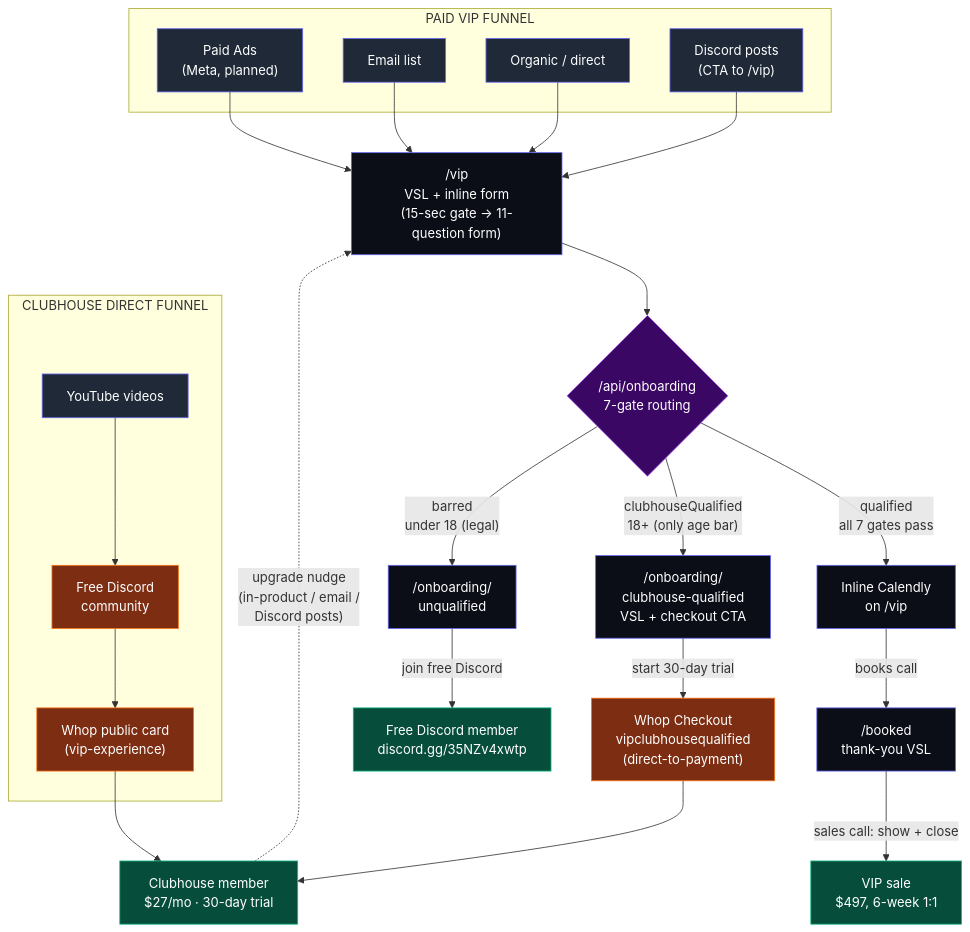
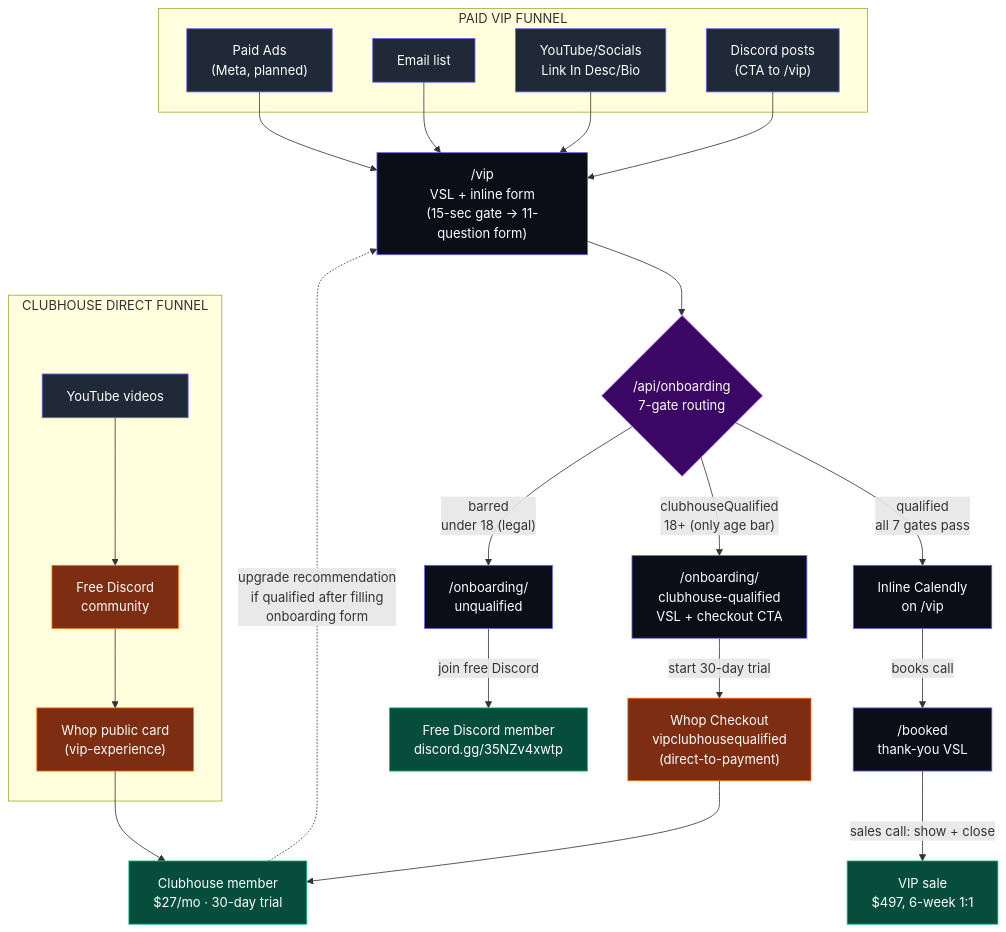
One commit to lukehansenrl/vip-experience changed the diagram in FUNNEL.md. Above: the diagram before and after it, drawn with Mermaid. The commit also changed other lines of this file and 1 other file, not shown here.

First line of the commit message:
clubhouse-qualified: pull CTA above the fold + funnel doc tweaks

````diff
--- a/FUNNEL.md
+++ b/FUNNEL.md
@@ -30,66 +30,66 @@
 ```mermaid
 flowchart TD
     %% ========== PAID VIP FUNNEL (left) ==========
     subgraph paid["PAID VIP FUNNEL"]
         PA["Paid Ads<br/>(Meta, planned)"]:::source
         EM["Email list"]:::source
-        OR["Organic / direct"]:::source
+        OR["YouTube/Socials<br/>Link In Desc/Bio"]:::source
         DP["Discord posts<br/>(CTA to /vip)"]:::source
     end
 
     PA --> VIP
     EM --> VIP
     OR --> VIP
     DP --> VIP
 
     VIP["/vip<br/>VSL + inline form<br/>(15-sec gate → 11-question form)"]:::page
     VIP --> API{"/api/onboarding<br/>7-gate routing"}:::decision
 
     %% ========== CLUBHOUSE DIRECT FUNNEL (right, parallel) ==========
     subgraph direct["CLUBHOUSE DIRECT FUNNEL"]
         YT["YouTube videos"]:::source
         FD["Free Discord<br/>community"]:::external
         WC["Whop public card<br/>(vip-experience)"]:::external
         YT --> FD
         FD --> WC
     end
 
     WC --> CM
 
     %% ========== ROUTING OUTCOMES (shared) ==========
     API -->|"qualified<br/>all 7 gates pass"| Cal["Inline Calendly<br/>on /vip"]:::page
     API -->|"clubhouseQualified<br/>18+ (only age bar)"| CHQ["/onboarding/<br/>clubhouse-qualified<br/>VSL + checkout CTA"]:::page
     API -->|"barred<br/>under 18 (legal)"| UQ["/onboarding/<br/>unqualified"]:::page
 
     %% ── Path 2: Direct to VIP ──
     Cal -->|"books call"| Booked["/booked<br/>thank-you VSL"]:::page
     Booked -->|"sales call: show + close"| VIPSale["VIP sale<br/>$497, 6-week 1:1"]:::terminal
 
     %% ── Path 1: Direct VSL → Clubhouse ──
     CHQ -->|"start 30-day trial"| Checkout["Whop Checkout<br/>vipclubhousequalified<br/>(direct-to-payment)"]:::external
     Checkout --> CM["Clubhouse member<br/>$27/mo · 30-day trial"]:::terminal
 
     %% ── Unqualified fallback ──
     UQ -->|"join free Discord"| FDM["Free Discord member<br/>discord.gg/35NZv4xwtp"]:::terminal
 
     %% ── Path 3: Clubhouse Direct → VIP upgrade loop ──
-    CM -.->|"upgrade nudge<br/>(in-product / email /<br/>Discord posts)"| VIP
+    CM -.->|"upgrade recommendation<br/>if qualified after filling<br/>onboarding form"| VIP
 
     %% ========== CLICK-THROUGH LINKS ==========
     click VIP "https://vip-experience.vercel.app/vip" _blank
     click Cal "https://vip-experience.vercel.app/vip" _blank
     click CHQ "https://vip-experience.vercel.app/onboarding/clubhouse-qualified" _blank
     click UQ "https://vip-experience.vercel.app/onboarding/unqualified" _blank
     click Booked "https://vip-experience.vercel.app/booked" _blank
     click Checkout "https://whop.com/c/gcbcommunity/vipclubhousequalified" _blank
     click WC "https://whop.com/c/gcbcommunity/vip-experience" _blank
     click FD "https://discord.gg/35NZv4xwtp" _blank
     click FDM "https://discord.gg/35NZv4xwtp" _blank
 
     %% ========== STYLING ==========
     classDef source fill:#1f2937,stroke:#6366f1,color:#fff
     classDef page fill:#0b0e17,stroke:#6366f1,color:#fff
     classDef decision fill:#3b0764,stroke:#a855f7,color:#fff
     classDef external fill:#7c2d12,stroke:#f97316,color:#fff
     classDef terminal fill:#064e3b,stroke:#10b981,color:#fff
 ```
````
